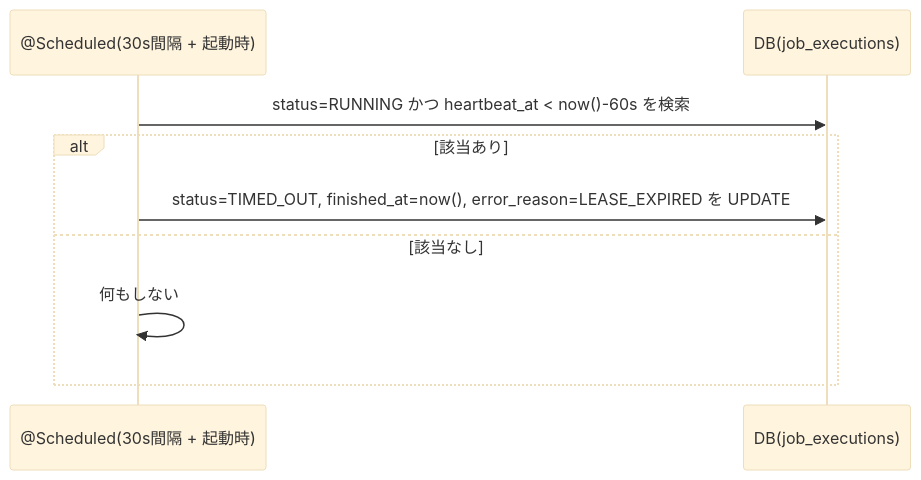
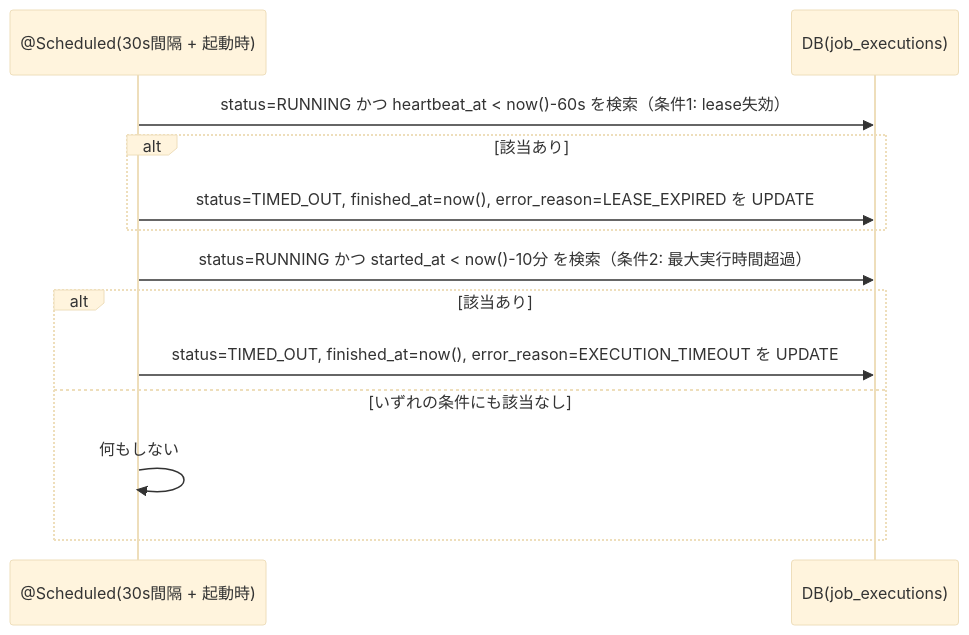
One commit to ryohei-sumii/ForgeHub changed the fourth of 5 diagrams in docs/design/f-04-job-management.md. Above: the diagram before and after it, drawn with Mermaid (base theme). The commit also changed other lines of this file and 1 other file, not shown here.

````diff
--- a/docs/design/f-04-job-management.md
+++ b/docs/design/f-04-job-management.md
@@ -264,12 +267,16 @@
 ```mermaid
 sequenceDiagram
     participant S as @Scheduled(30s間隔 + 起動時)
     participant D as DB(job_executions)
 
-    S->>D: status=RUNNING かつ heartbeat_at < now()-60s を検索
+    S->>D: status=RUNNING かつ heartbeat_at < now()-60s を検索（条件1: lease失効）
     alt 該当あり
         S->>D: status=TIMED_OUT, finished_at=now(), error_reason=LEASE_EXPIRED を UPDATE
-    else 該当なし
+    end
+    S->>D: status=RUNNING かつ started_at < now()-10分 を検索（条件2: 最大実行時間超過）
+    alt 該当あり
+        S->>D: status=TIMED_OUT, finished_at=now(), error_reason=EXECUTION_TIMEOUT を UPDATE
+    else いずれの条件にも該当なし
         S->>S: 何もしない
     end
 ```
````
